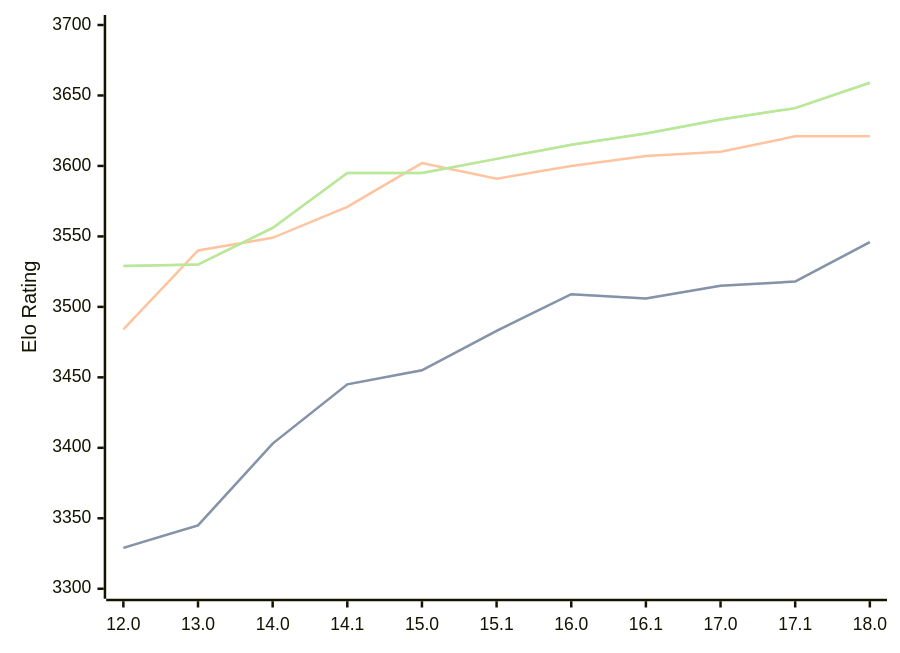
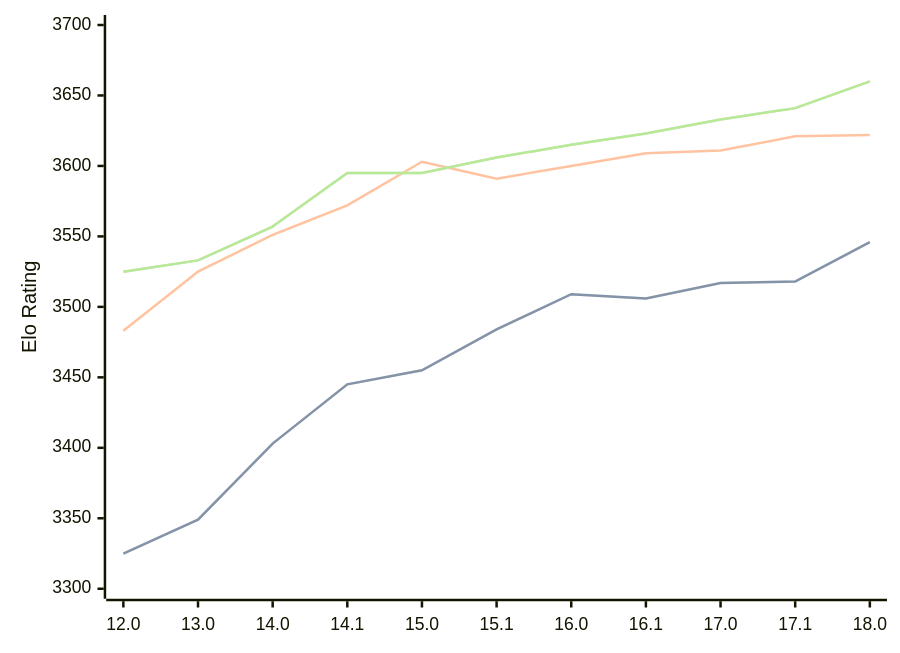
The diagram in engines/Stockfish.md (computer-chess-index/cci), drawn with Mermaid before and after one commit. The commit also changed other lines of this file, not shown here.

Commit message:
Update CCI Ratings (ELO VLTC) - 2026-02-18

````diff
--- a/engines/Stockfish.md
+++ b/engines/Stockfish.md
@@ -42,11 +42,11 @@
 ```mermaid
 %%{init: {"theme":"base","themeVariables":{"seriesColors:['#a3a3a3','#222221','#faa371']}}}%%
 xychart-beta
   x-axis ["12.0", "13.0", "14.0", "14.1", "15.0", "15.1", "16.0", "16.1", "17.0", "17.1", "18.0"]
   y-axis "Elo Rating" 3300 --> 3700
-  line "STC (8.0+0.08s)" [3329, 3345, 3403, 3445, 3455, 3483, 3509, 3506, 3515, 3518, 3546]
-  line "STC (8.0+0.08s)" [3329, 3345, 3403, 3445, 3455, 3483, 3509, 3506, 3515, 3518, 3546]
-  line "LTC (60.0+0.60s)" [3484, 3540, 3549, 3571, 3602, 3591, 3600, 3607, 3610, 3621, 3621]
-  line "VLTC (2m24s+1.12s)" [3529, 3530, 3556, 3595, 3595, 3605, 3615, 3623, 3633, 3641, 3659]
-  line "VLTC (2m24s+1.12s)" [3529, 3530, 3556, 3595, 3595, 3605, 3615, 3623, 3633, 3641, 3659]
+  line "STC (8.0+0.08s)" [3325, 3349, 3403, 3445, 3455, 3484, 3509, 3506, 3517, 3518, 3546]
+  line "STC (8.0+0.08s)" [3325, 3349, 3403, 3445, 3455, 3484, 3509, 3506, 3517, 3518, 3546]
+  line "LTC (60.0+0.60s)" [3483, 3525, 3551, 3572, 3603, 3591, 3600, 3609, 3611, 3621, 3622]
+  line "VLTC (2m24s+1.12s)" [3525, 3533, 3557, 3595, 3595, 3606, 3615, 3623, 3633, 3641, 3660]
+  line "VLTC (2m24s+1.12s)" [3525, 3533, 3557, 3595, 3595, 3606, 3615, 3623, 3633, 3641, 3660]
 ```
````
